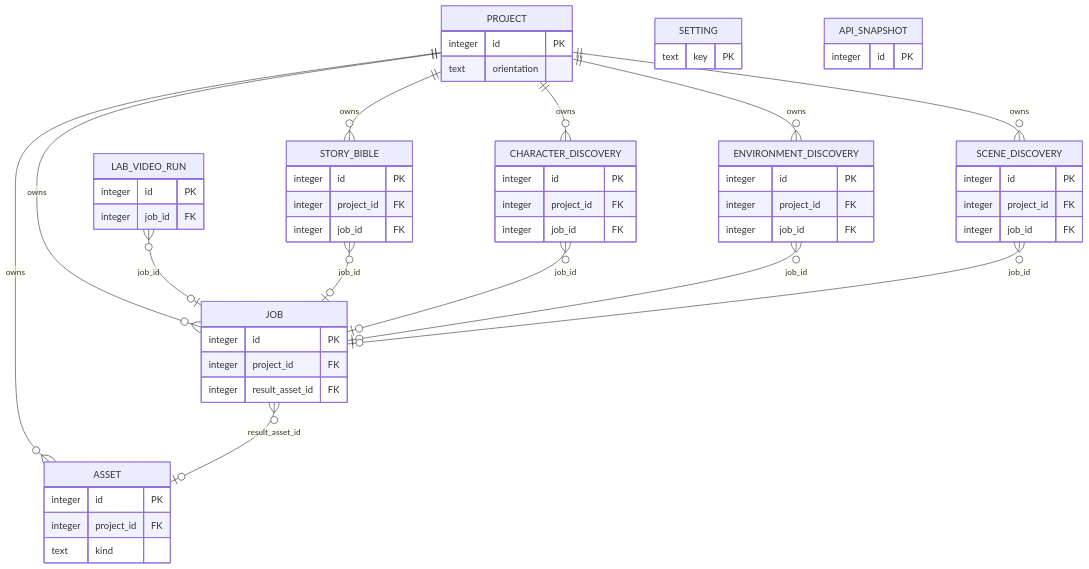
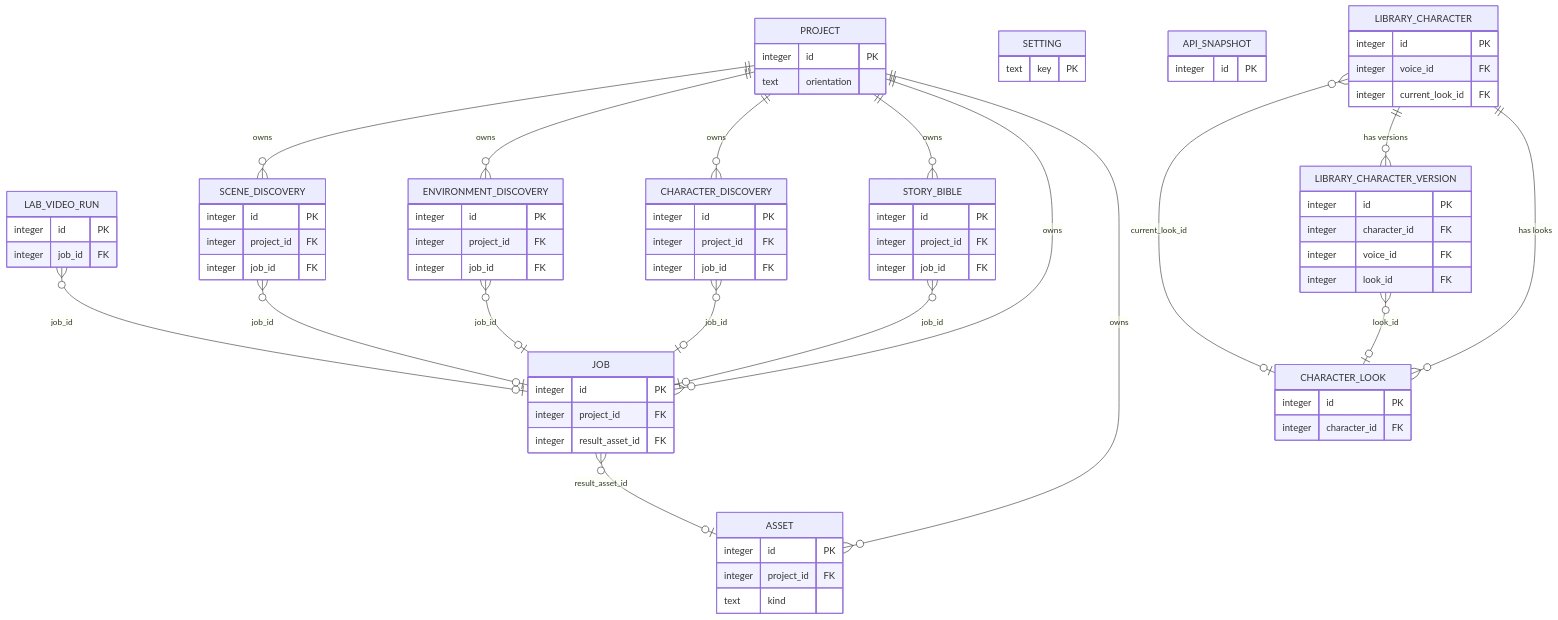
Before and after one commit to Joshi004/VisionStudio: the diagram in DATABASE_STRUCTURE.md, drawn with Mermaid. The commit also changed other lines of this file and 15 other files, not shown here.

````diff
--- a/DATABASE_STRUCTURE.md
+++ b/DATABASE_STRUCTURE.md
@@ -129,60 +131,79 @@
 ```mermaid
 erDiagram
     PROJECT {
         integer id PK
         text orientation
     }
     ASSET {
         integer id PK
         integer project_id FK
         text kind
     }
     JOB {
         integer id PK
         integer project_id FK
         integer result_asset_id FK
     }
     SETTING {
         text key PK
     }
     API_SNAPSHOT {
         integer id PK
     }
     LAB_VIDEO_RUN {
         integer id PK
         integer job_id FK
     }
     STORY_BIBLE {
         integer id PK
         integer project_id FK
         integer job_id FK
     }
     CHARACTER_DISCOVERY {
         integer id PK
         integer project_id FK
         integer job_id FK
     }
     ENVIRONMENT_DISCOVERY {
         integer id PK
         integer project_id FK
         integer job_id FK
     }
     SCENE_DISCOVERY {
         integer id PK
         integer project_id FK
         integer job_id FK
     }
+    LIBRARY_CHARACTER {
+        integer id PK
+        integer voice_id FK
+        integer current_look_id FK
+    }
+    CHARACTER_LOOK {
+        integer id PK
+        integer character_id FK
+    }
+    LIBRARY_CHARACTER_VERSION {
+        integer id PK
+        integer character_id FK
+        integer voice_id FK
+        integer look_id FK
+    }
 
     PROJECT ||--o{ ASSET         : "owns"
     PROJECT ||--o{ JOB           : "owns"
     PROJECT ||--o{ STORY_BIBLE   : "owns"
     PROJECT ||--o{ CHARACTER_DISCOVERY   : "owns"
     PROJECT ||--o{ ENVIRONMENT_DISCOVERY : "owns"
     PROJECT ||--o{ SCENE_DISCOVERY       : "owns"
     JOB     }o--o| ASSET         : "result_asset_id"
     LAB_VIDEO_RUN }o--o| JOB     : "job_id"
     STORY_BIBLE }o--o| JOB       : "job_id"
     CHARACTER_DISCOVERY   }o--o| JOB : "job_id"
     ENVIRONMENT_DISCOVERY }o--o| JOB : "job_id"
     SCENE_DISCOVERY       }o--o| JOB : "job_id"
+    LIBRARY_CHARACTER ||--o{ CHARACTER_LOOK : "has looks"
+    LIBRARY_CHARACTER ||--o{ LIBRARY_CHARACTER_VERSION : "has versions"
+    LIBRARY_CHARACTER }o--o| CHARACTER_LOOK : "current_look_id"
+    LIBRARY_CHARACTER_VERSION }o--o| CHARACTER_LOOK : "look_id"
 ```
````
